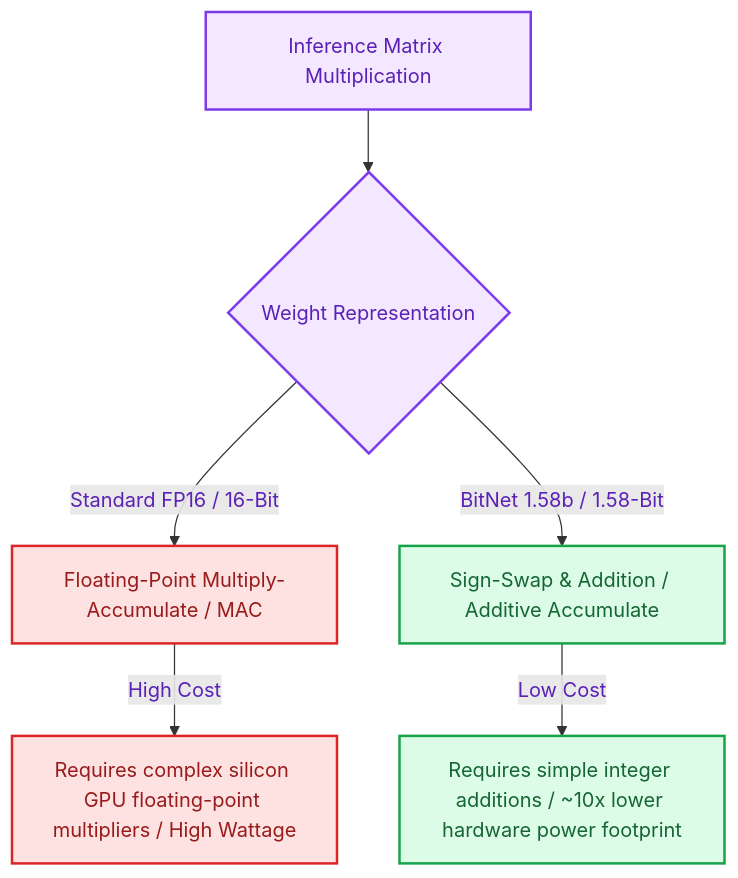
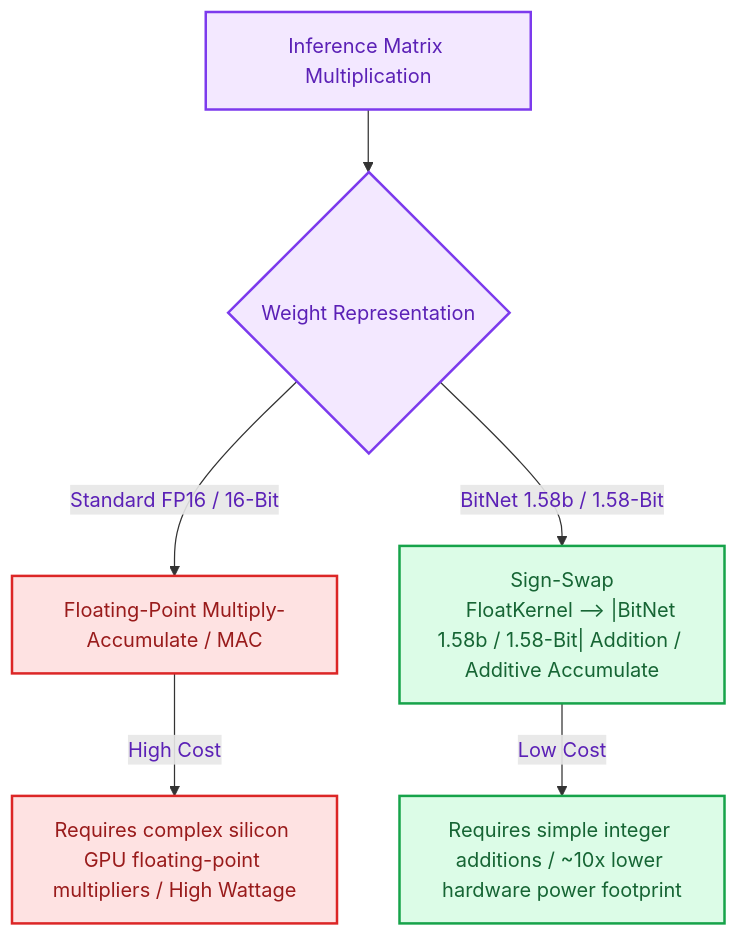
One commit to akmalkhaniub/akmalkhaniub.github.io changed the diagram in blog/posts/ternary-quantization-bitnet-fp16-floats.md. Above: the diagram before and after it, drawn with Mermaid. The commit also changed 894 other files, not shown here.

Commit message:
feat(blog): upgrade all 444 posts with unique staggered dates, 2-col Mermaid spines, benchmark tables, code blocks, and trade-offs

````diff
--- a/blog/posts/ternary-quantization-bitnet-fp16-floats.md
+++ b/blog/posts/ternary-quantization-bitnet-fp16-floats.md
@@ -24,19 +24,20 @@
 ```mermaid
 flowchart TD
     classDef check fill:#e0f2fe,stroke:#0284c7,stroke-width:2px,color:#0369a1;
     classDef floatStyle fill:#fee2e2,stroke:#dc2626,stroke-width:2px,color:#991b1b;
     classDef ternaryStyle fill:#dcfce7,stroke:#16a34a,stroke-width:2px,color:#166534;
     classDef label fill:#f3e8ff,stroke:#7c3aed,stroke-width:2px,color:#5b21b6;
 
     Start["Inference Matrix Multiplication"] --> Representation{Weight Representation}
     
     Representation -->|Standard FP16 / 16-Bit| FloatKernel["Floating-Point Multiply-Accumulate / MAC"]
-    Representation -->|BitNet 1.58b / 1.58-Bit| TernaryKernel["Sign-Swap & Addition / Additive Accumulate"]
+    Representation --> |BitNet 1.58b / 1.58-Bit| TernaryKernel["Sign-Swap
+    FloatKernel --> |BitNet 1.58b / 1.58-Bit| Addition / Additive Accumulate"]
     
     FloatKernel -->|High Cost| FP_Mult["Requires complex silicon GPU floating-point multipliers / High Wattage"]
     TernaryKernel -->|Low Cost| INT_Add["Requires simple integer additions / ~10x lower hardware power footprint"]
 
     class Start,Representation label;
     class FloatKernel,FP_Mult floatStyle;
     class TernaryKernel,INT_Add ternaryStyle;
 ```
````
